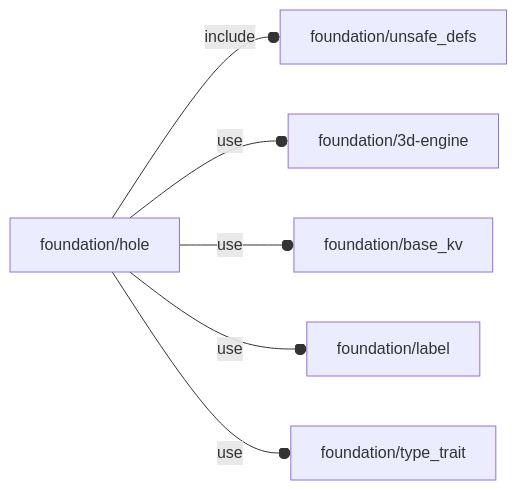
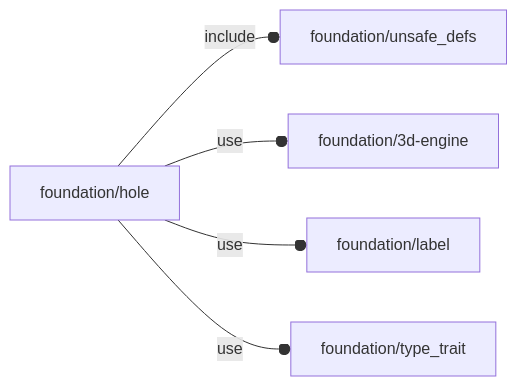
The diagram in orthodocs/foundation/hole.md (ggabbiani/OFL), drawn with Mermaid before and after one commit. The commit also changed other lines of this file and 52 other files, not shown here.

````diff
--- a/orthodocs/foundation/hole.md
+++ b/orthodocs/foundation/hole.md
@@ -5,8 +5,7 @@
 ```mermaid
 graph LR
     A1[foundation/hole] --o|include| A2[foundation/unsafe_defs]
     A1 --o|use| A3[foundation/3d-engine]
-    A1 --o|use| A4[foundation/base_kv]
-    A1 --o|use| A5[foundation/label]
-    A1 --o|use| A6[foundation/type_trait]
+    A1 --o|use| A4[foundation/label]
+    A1 --o|use| A5[foundation/type_trait]
 ```
````
